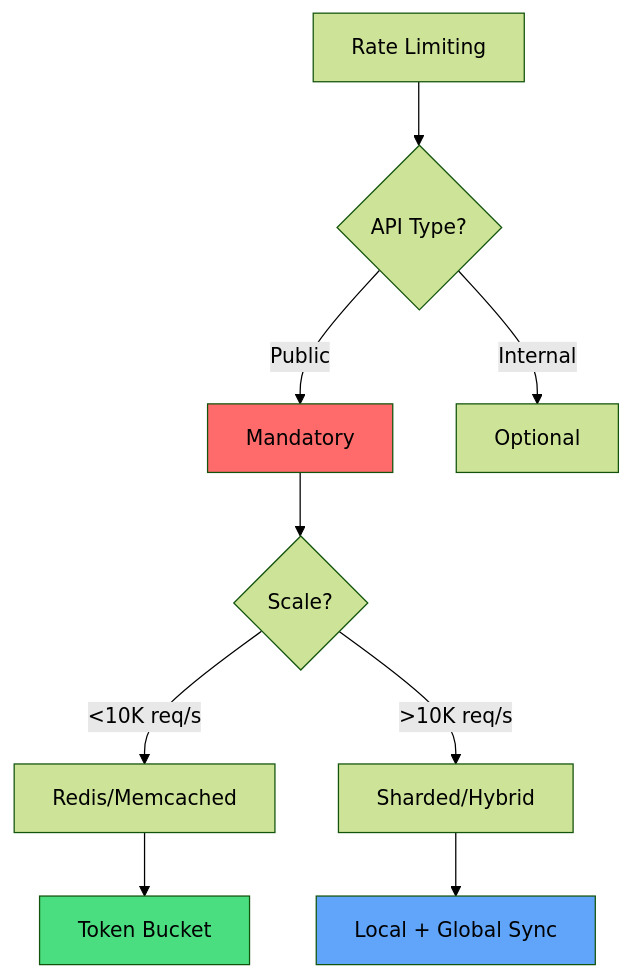
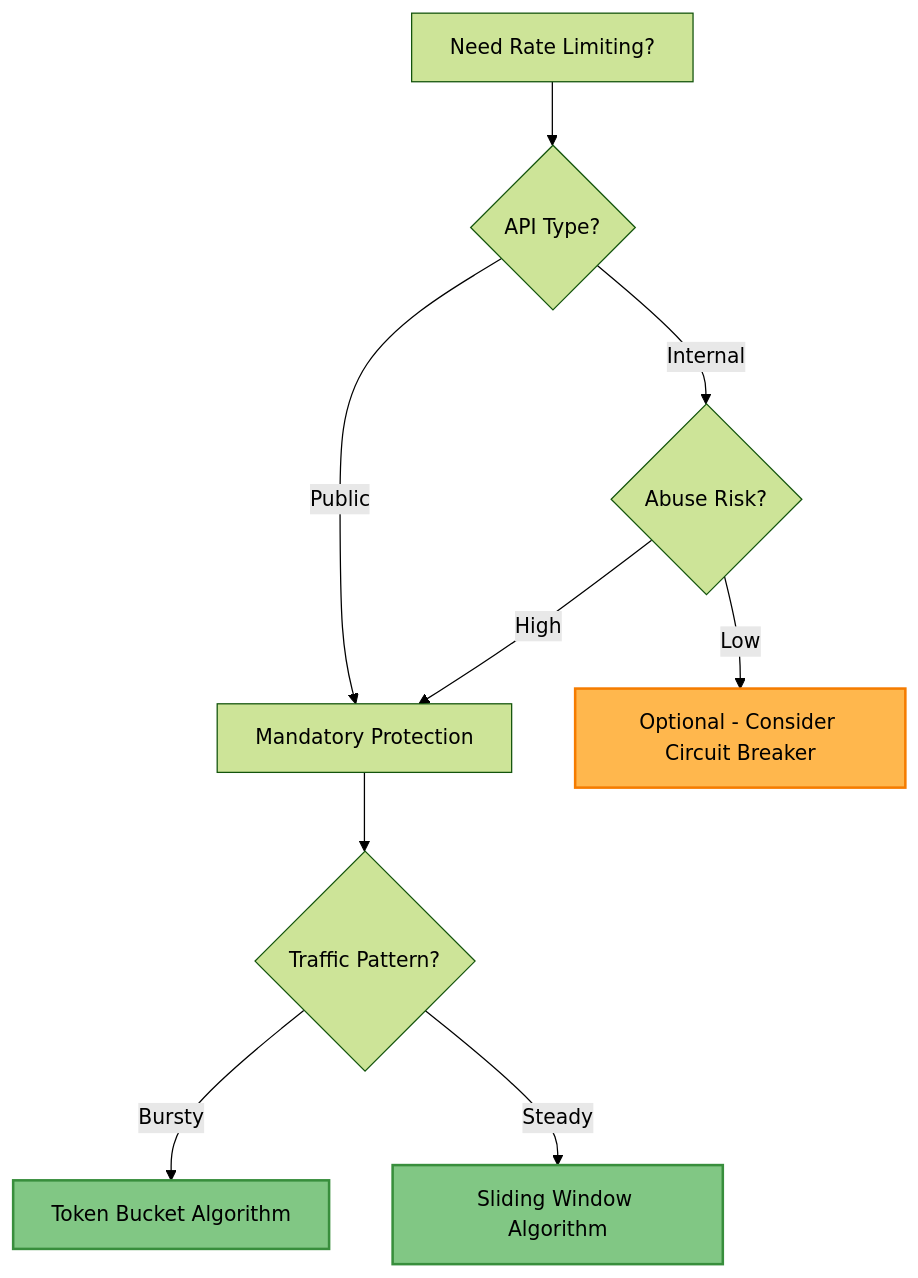
One commit to deepaucksharma/DStudio changed the sixth of 6 diagrams in docs/pattern-library/scaling/rate-limiting.md. Above: the diagram before and after it, drawn with Mermaid (forest theme). The commit also changed other lines of this file and 23 other files, not shown here.

````diff
--- a/docs/pattern-library/scaling/rate-limiting.md
+++ b/docs/pattern-library/scaling/rate-limiting.md
@@ -274,18 +346,19 @@
 ```mermaid
 graph TD
-    Start[Rate Limiting] --> API{API Type?}
+    A[Need Rate Limiting?] --> B{API Type?}
+    B -->|Public| C[Mandatory Protection]
+    B -->|Internal| D{Abuse Risk?}
     
-    API -->|Public| Mandatory[Mandatory]
-    API -->|Internal| Optional[Optional]
+    C --> E{Traffic Pattern?}
+    D -->|High| C
+    D -->|Low| F[Optional - Consider Circuit Breaker]
     
-    Mandatory --> Scale{Scale?}
-    Scale -->|<10K req/s| Simple[Redis/Memcached]
-    Scale -->|>10K req/s| Distributed[Sharded/Hybrid]
+    E -->|Bursty| G[Token Bucket Algorithm]
+    E -->|Steady| H[Sliding Window Algorithm]
     
-    Simple --> Token[Token Bucket]
-    Distributed --> Hybrid[Local + Global Sync]
+    classDef recommended fill:#81c784,stroke:#388e3c,stroke-width:2px
+    classDef caution fill:#ffb74d,stroke:#f57c00,stroke-width:2px
     
-    style Mandatory fill:#ff6b6b
-    style Token fill:#4ade80
-    style Hybrid fill:#60a5fa
+    class G,H recommended
+    class F caution
 ```
````
